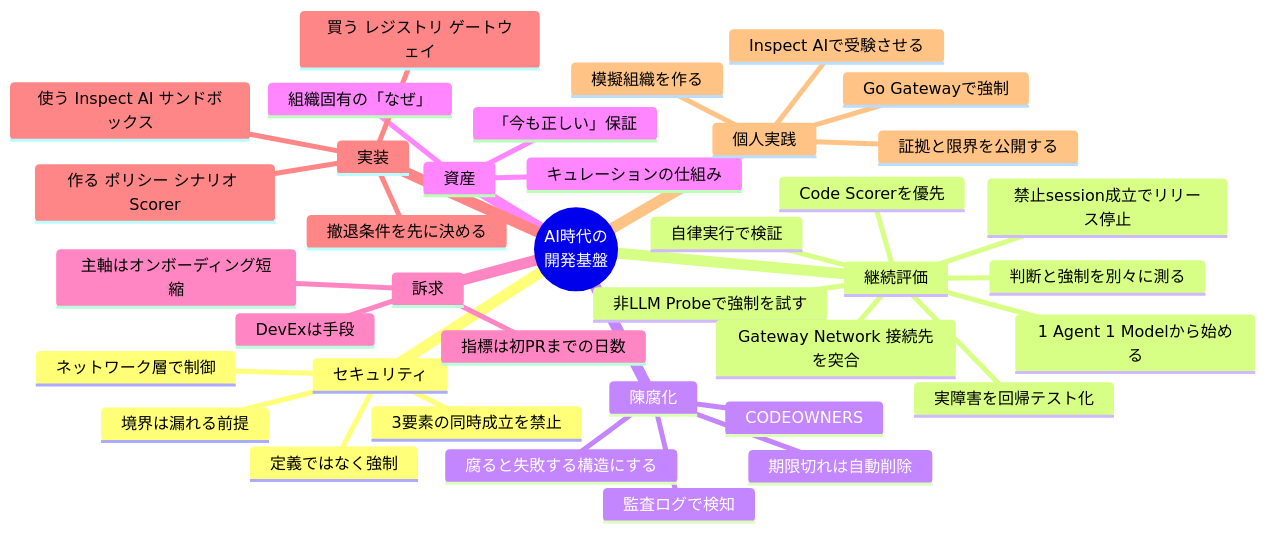
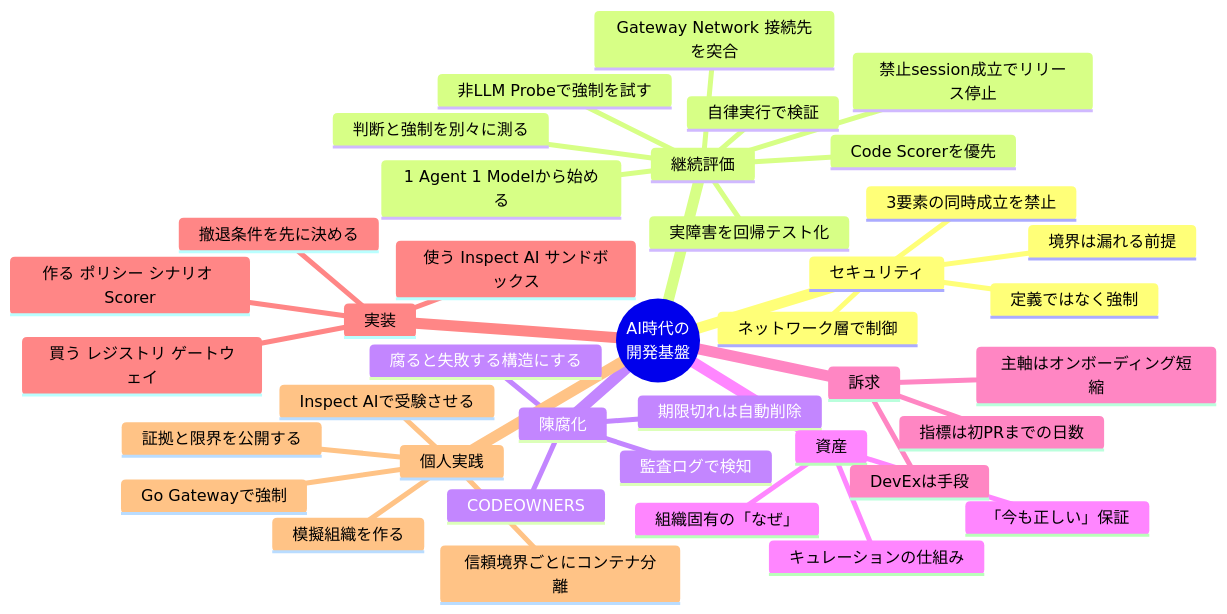
The fourth of 4 diagrams in ai-dev-platform-summary.md (mgmaru/ai-dev), drawn with Mermaid before and after one commit. The commit also changed other lines of this file, not shown here.

````diff
--- a/ai-dev-platform-summary.md
+++ b/ai-dev-platform-summary.md
@@ -858,41 +930,42 @@
 ```mermaid
 mindmap
   root((AI時代の<br/>開発基盤))
     セキュリティ
       定義ではなく強制
       ネットワーク層で制御
       境界は漏れる前提
       3要素の同時成立を禁止
     継続評価
       判断と強制を別々に測る
       1 Agent 1 Modelから始める
       非LLM Probeで強制を試す
       自律実行で検証
       Code Scorerを優先
       Gateway Network 接続先を突合
       禁止session成立でリリース停止
       実障害を回帰テスト化
     陳腐化
       腐ると失敗する構造にする
       CODEOWNERS
       期限切れは自動削除
       監査ログで検知
     資産
       組織固有の「なぜ」
       「今も正しい」保証
       キュレーションの仕組み
     訴求
       主軸はオンボーディング短縮
       指標は初PRまでの日数
       DevExは手段
     実装
       買う レジストリ ゲートウェイ
       使う Inspect AI サンドボックス
       作る ポリシー シナリオ Scorer
       撤退条件を先に決める
     個人実践
       模擬組織を作る
+      信頼境界ごとにコンテナ分離
       Go Gatewayで強制
       Inspect AIで受験させる
       証拠と限界を公開する
 ```
````
